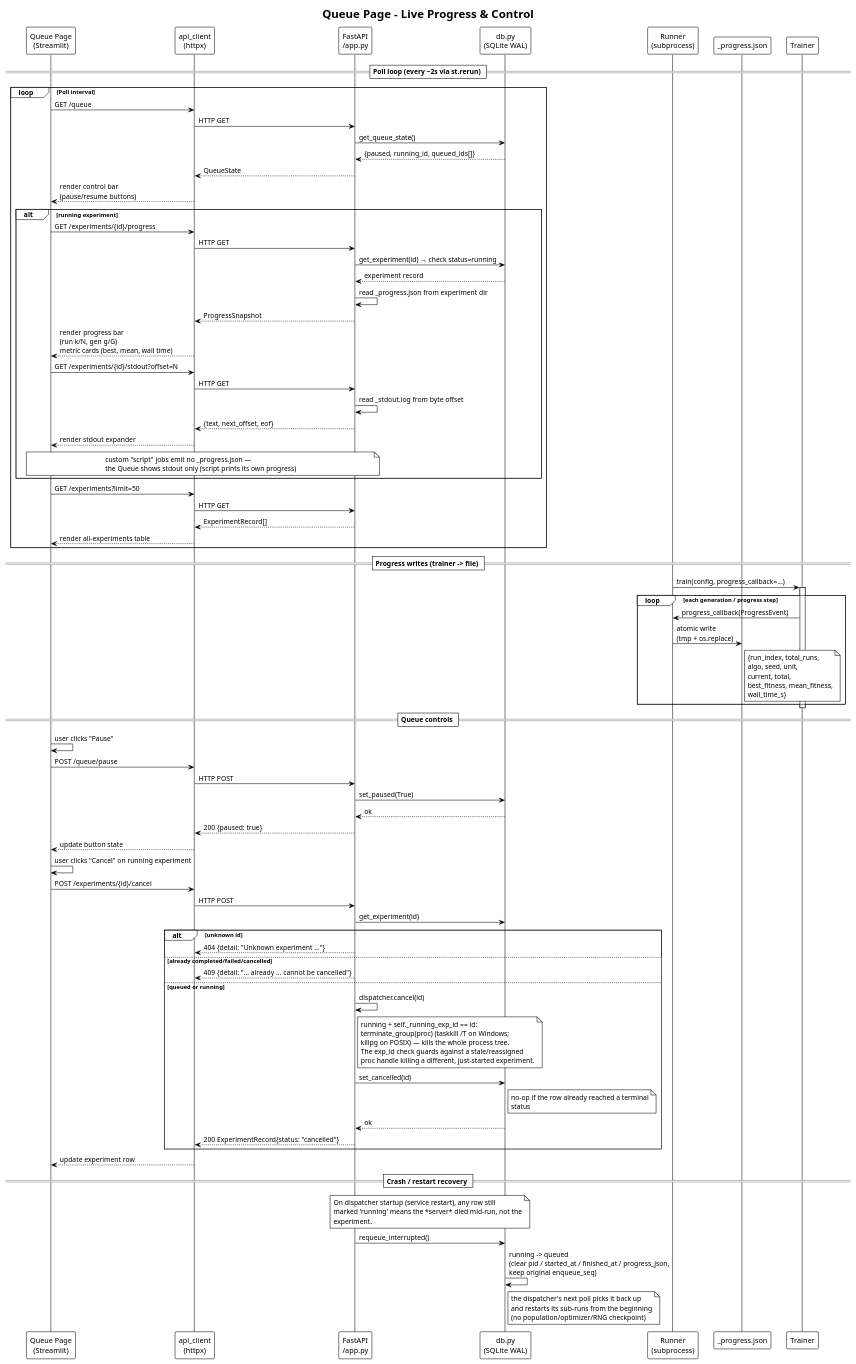
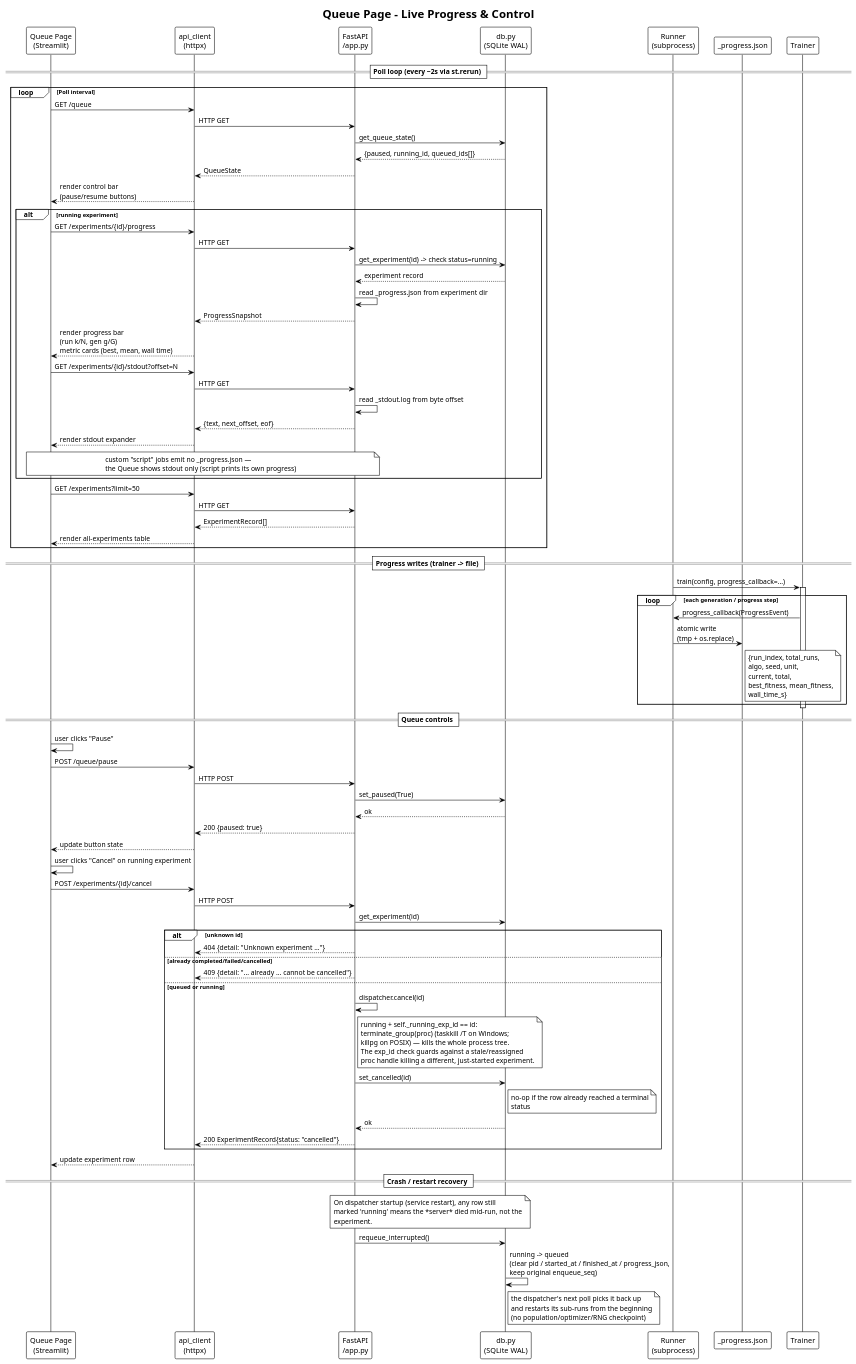
One commit to Alex180504/DEAP-Zoo-bridge changed the diagram in docs/UML/sequence_queue_progress.puml. Above: the diagram before and after it, drawn with PlantUML. The commit also changed 76 other files, not shown here.

```diff
--- a/docs/UML/sequence_queue_progress.puml
+++ b/docs/UML/sequence_queue_progress.puml
@@ -1,87 +1,87 @@
 @startuml sequence_queue_progress
 !theme plain
 title Queue Page – Live Progress & Control
 
 participant "Queue Page\n(Streamlit)" as QP
 participant "api_client\n(httpx)" as Client
 participant "FastAPI\n/app.py" as API
 participant "db.py\n(SQLite WAL)" as DB
 participant "Runner\n(subprocess)" as Runner
 participant "_progress.json" as Prog
 
 == Poll loop (every ~2s via st.rerun) ==
 loop Poll interval
     QP -> Client: GET /queue
     Client -> API: HTTP GET
     API -> DB: get_queue_state()
     DB --> API: {paused, running_id, queued_ids[]}
     API --> Client: QueueState
     Client --> QP: render control bar\n(pause/resume buttons)
 
     alt running experiment
         QP -> Client: GET /experiments/{id}/progress
         Client -> API: HTTP GET
-        API -> DB: get_experiment(id) → check status=running
+        API -> DB: get_experiment(id) -> check status=running
         DB --> API: experiment record
         API -> API: read _progress.json from experiment dir
         API --> Client: ProgressSnapshot
         Client --> QP: render progress bar\n(run k/N, gen g/G)\nmetric cards (best, mean, wall time)
 
         QP -> Client: GET /experiments/{id}/stdout?offset=N
         Client -> API: HTTP GET
         API -> API: read _stdout.log from byte offset
         API --> Client: {text, next_offset, eof}
         Client --> QP: render stdout expander
         note over QP, API: custom "script" jobs emit no _progress.json —\nthe Queue shows stdout only (script prints its own progress)
     end
 
     QP -> Client: GET /experiments?limit=50
     Client -> API: HTTP GET
     API --> Client: ExperimentRecord[]
     Client --> QP: render all-experiments table
 end
 
 == Progress writes (trainer -> file) ==
 Runner -> Trainer: train(config, progress_callback=...)
 activate Trainer
 loop each generation / progress step
     Trainer -> Runner: progress_callback(ProgressEvent)
     Runner -> Prog: atomic write\n(tmp + os.replace)
     note right of Prog: {run_index, total_runs,\nalgo, seed, unit,\ncurrent, total,\nbest_fitness, mean_fitness,\nwall_time_s}
 end
 deactivate Trainer
 
 == Queue controls ==
 QP -> QP: user clicks "Pause"
 QP -> Client: POST /queue/pause
 Client -> API: HTTP POST
 API -> DB: set_paused(True)
 DB --> API: ok
 API --> Client: 200 {paused: true}
 Client --> QP: update button state
 
 QP -> QP: user clicks "Cancel" on running experiment
 QP -> Client: POST /experiments/{id}/cancel
 Client -> API: HTTP POST
 API -> DB: get_experiment(id)
 alt unknown id
     API --> Client: 404 {detail: "Unknown experiment ..."}
 else already completed/failed/cancelled
     API --> Client: 409 {detail: "... already ... cannot be cancelled"}
 else queued or running
     API -> API: dispatcher.cancel(id)
     note right of API: running + self._running_exp_id == id:\nterminate_group(proc) (taskkill /T on Windows;\nkillpg on POSIX) — kills the whole process tree.\nThe exp_id check guards against a stale/reassigned\nproc handle killing a different, just-started experiment.
     API -> DB: set_cancelled(id)
     note right of DB: no-op if the row already reached a terminal\nstatus
     DB --> API: ok
     API --> Client: 200 ExperimentRecord{status: "cancelled"}
 end
 Client --> QP: update experiment row
 
 == Crash / restart recovery ==
 note over API, DB: On dispatcher startup (service restart), any row still\nmarked 'running' means the *server* died mid-run, not the\nexperiment.
 API -> DB: requeue_interrupted()
 DB -> DB: running -> queued\n(clear pid / started_at / finished_at / progress_json,\nkeep original enqueue_seq)
 note right of DB: the dispatcher's next poll picks it back up\nand restarts its sub-runs from the beginning\n(no population/optimizer/RNG checkpoint)
 
 @enduml
```
